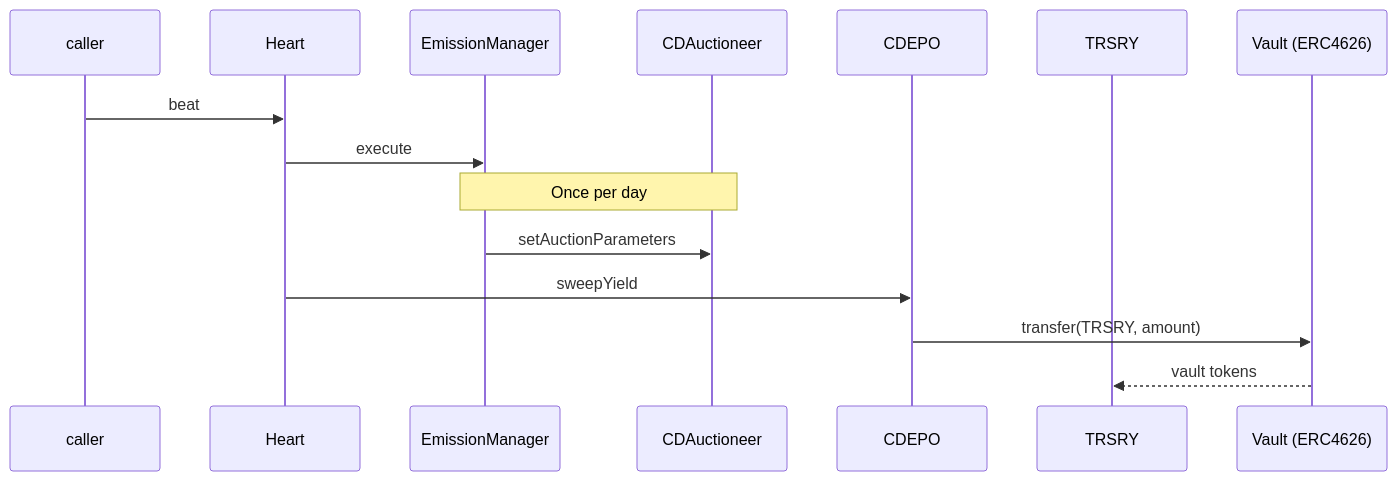
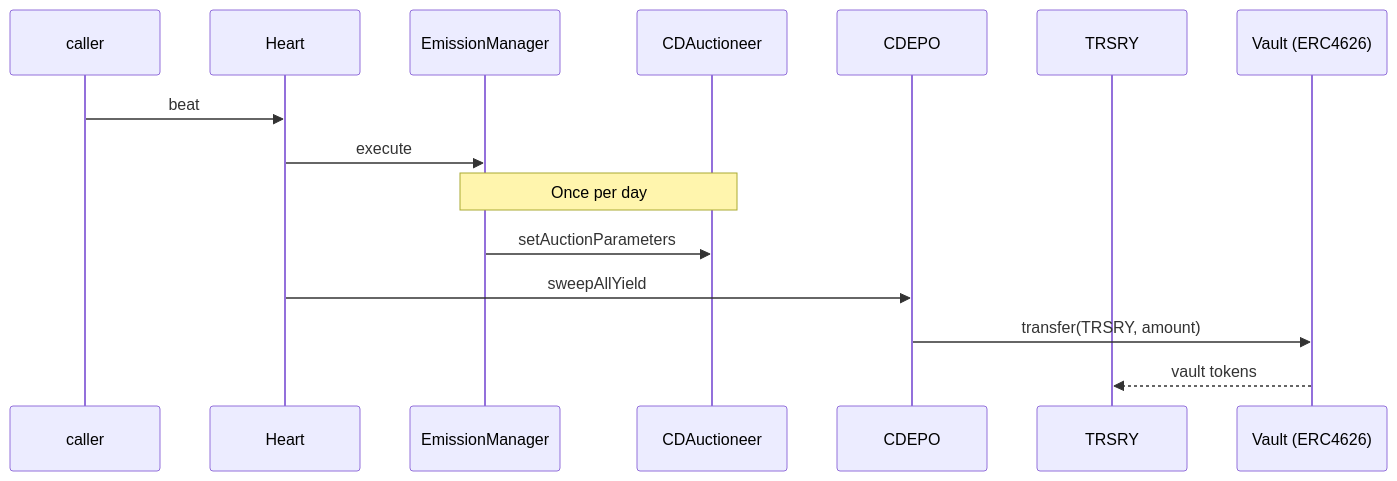
One commit to OlympusDAO/olympus-v3 changed the second of 6 diagrams in audit/2025-01_convertible-deposits/README.md. Above: the diagram before and after it, drawn with Mermaid. The commit also changed other lines of this file and 2 other files, not shown here.

````diff
--- a/audit/2025-01_convertible-deposits/README.md
+++ b/audit/2025-01_convertible-deposits/README.md
@@ -143,18 +152,18 @@
 ```mermaid
 sequenceDiagram
     participant caller
     participant Heart
     participant EmissionManager
     participant CDAuctioneer
     participant CDEPO
     participant TRSRY
     participant VaultToken as Vault (ERC4626)
 
     caller->>Heart: beat
     Heart->>EmissionManager: execute
     note over EmissionManager, CDAuctioneer: Once per day
     EmissionManager->>CDAuctioneer: setAuctionParameters
-    Heart->>CDEPO: sweepYield
+    Heart->>CDEPO: sweepAllYield
     CDEPO->>VaultToken: transfer(TRSRY, amount)
     VaultToken-->>TRSRY: vault tokens
 ```
````
